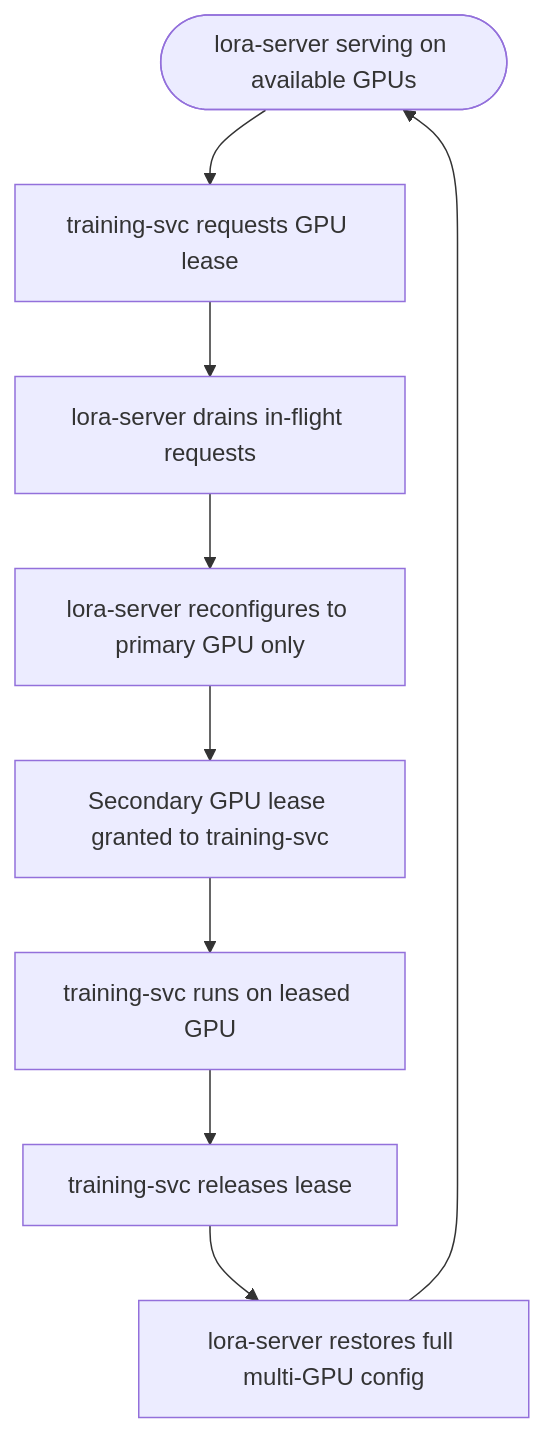
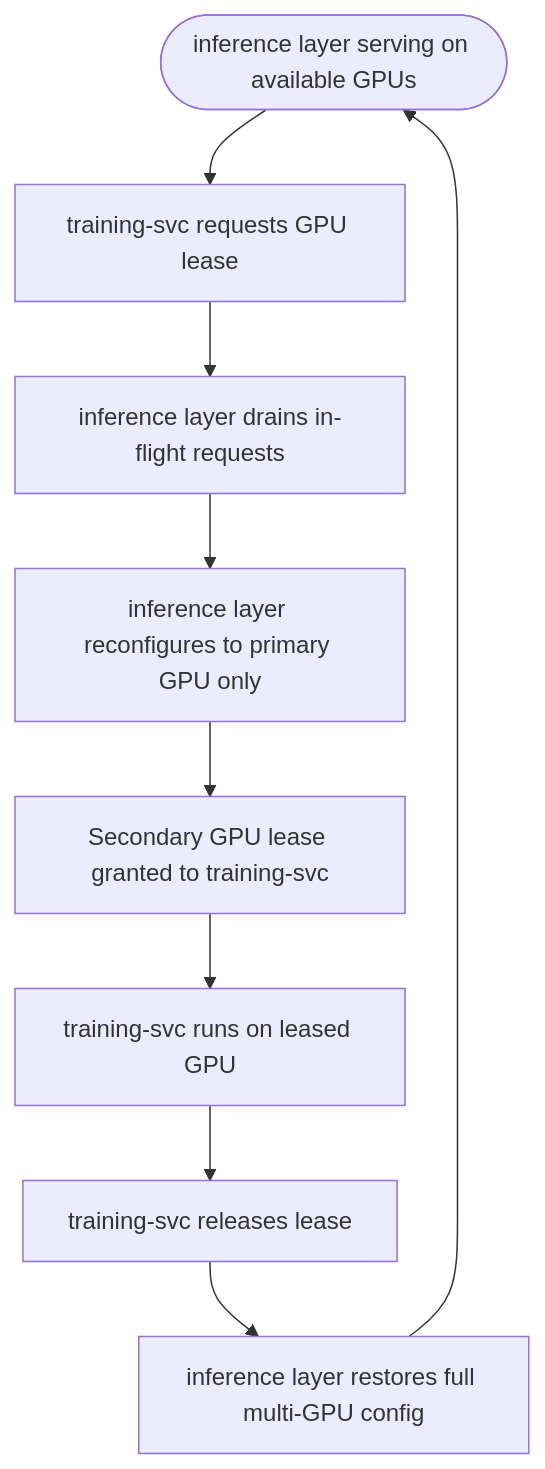
The second of 2 diagrams in docs/architecture/multi-gpu-strategy.md (ElixirTrials/rune), drawn with Mermaid before and after one commit. The commit also changed other lines of this file and 24 other files, not shown here.

````diff
--- a/docs/architecture/multi-gpu-strategy.md
+++ b/docs/architecture/multi-gpu-strategy.md
@@ -94,11 +134,11 @@
 ```mermaid
 flowchart TD
-    Idle([lora-server serving on available GPUs]) --> Request
+    Idle([inference layer serving on available GPUs]) --> Request
     Request[training-svc requests GPU lease] --> Drain
-    Drain[lora-server drains in-flight requests] --> Reconfigure
-    Reconfigure[lora-server reconfigures to primary GPU only] --> Grant
+    Drain[inference layer drains in-flight requests] --> Reconfigure
+    Reconfigure[inference layer reconfigures to primary GPU only] --> Grant
     Grant[Secondary GPU lease granted to training-svc] --> Train
     Train[training-svc runs on leased GPU] --> Complete
     Complete[training-svc releases lease] --> Restore
-    Restore[lora-server restores full multi-GPU config] --> Idle
+    Restore[inference layer restores full multi-GPU config] --> Idle
 ```
````
